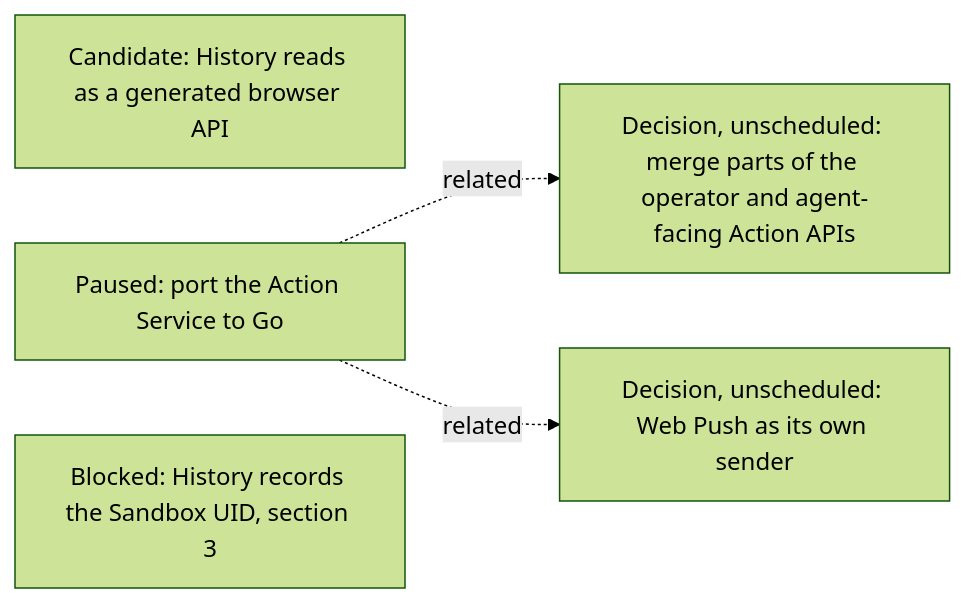
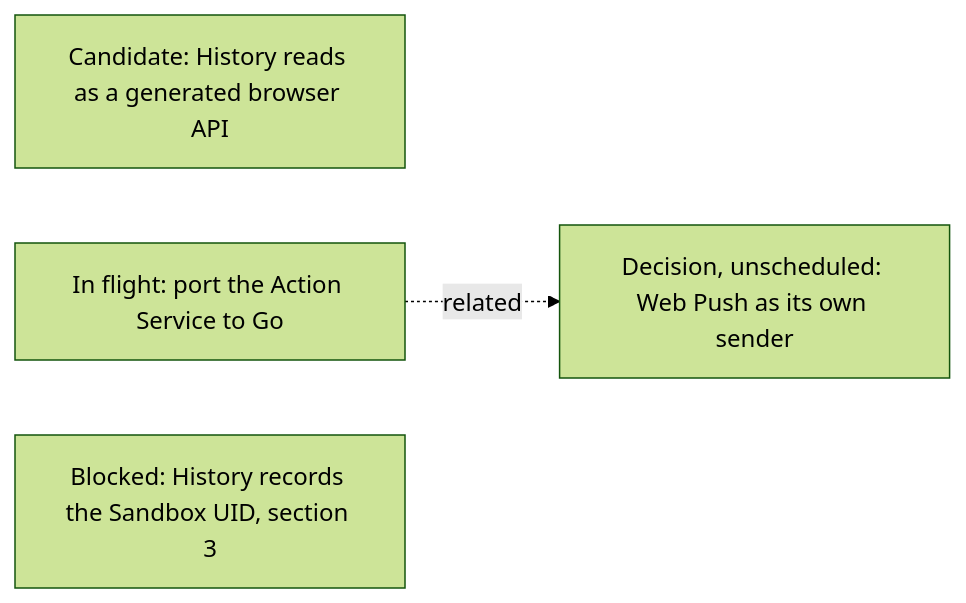
Diagram 16 of 17 in agentplane/plans/task_dag.md (agentydragon-agent/ducktape), drawn with Mermaid (forest theme) before and after one commit. The commit also changed other lines of this file and 4 other files, not shown here.

````diff
--- a/agentplane/plans/task_dag.md
+++ b/agentplane/plans/task_dag.md
@@ -1883,10 +1883,8 @@
 ```mermaid
 flowchart LR
     HISTORY_READS_FACADE[Candidate: History reads as a generated browser API]
-    ACTION_SERVICE_GO_PORT[Paused: port the Action Service to Go]
-    ACTION_API_MERGE[Decision, unscheduled: merge parts of the operator and agent-facing Action APIs]
+    ACTION_SERVICE_GO_PORT[In flight: port the Action Service to Go]
     WEB_PUSH_SERVICE[Decision, unscheduled: Web Push as its own sender]
     HISTORY_SANDBOX_UID[Blocked: History records the Sandbox UID, section 3]
-    ACTION_SERVICE_GO_PORT -. related .-> ACTION_API_MERGE
     ACTION_SERVICE_GO_PORT -. related .-> WEB_PUSH_SERVICE
 ```
````
